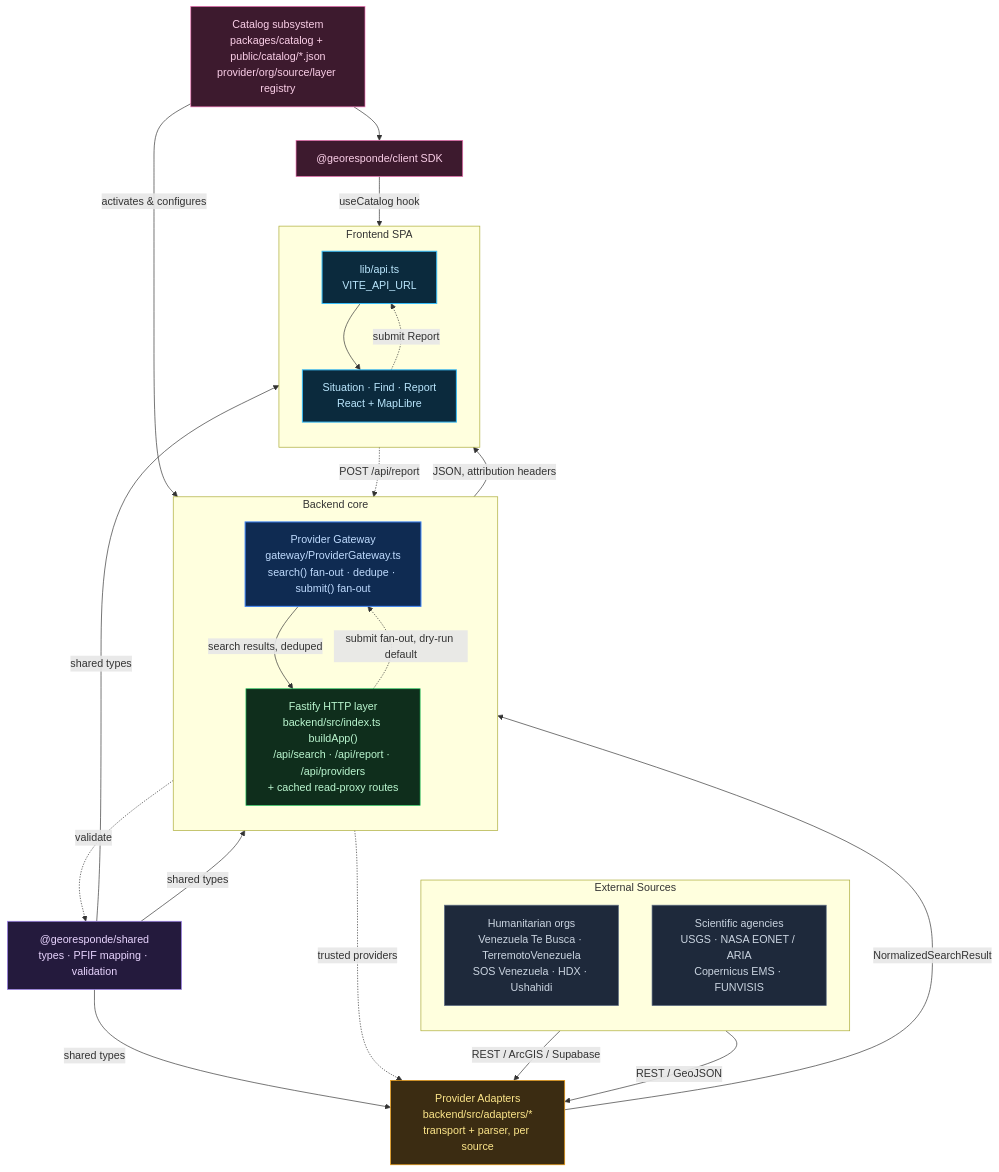
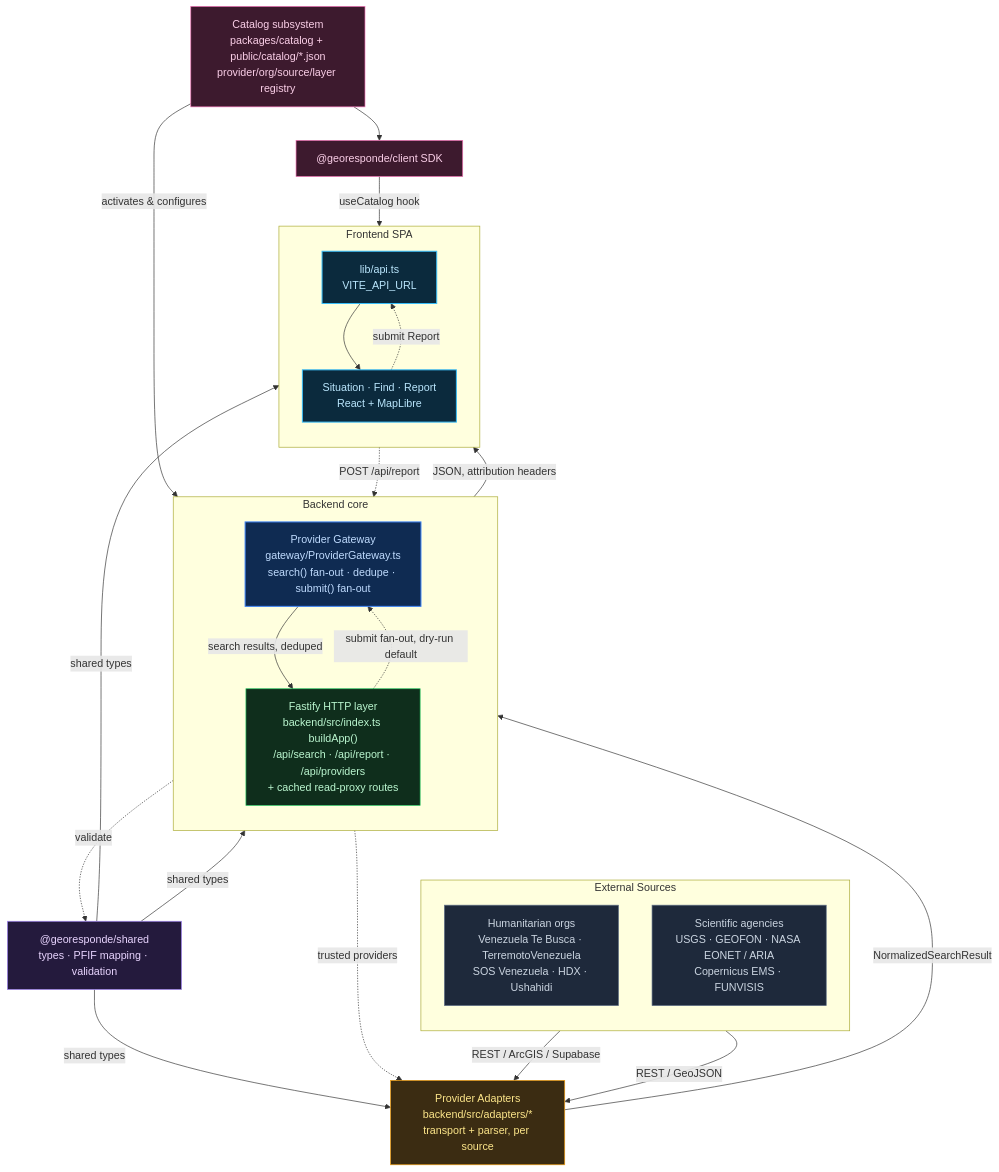
Before and after one commit to ebignumber/GeoResponde: the diagram in docs/architecture.md, drawn with Mermaid. The commit also changed other lines of this file and 22 other files, not shown here.

First line of the commit message:
feature: Added GEOFON scientific layer (#172)

````diff
--- a/docs/architecture.md
+++ b/docs/architecture.md
@@ -21,54 +21,54 @@
 ```mermaid
 flowchart TB
   classDef external fill:#1e293b,stroke:#64748b,color:#cbd5e1,stroke-width:1px;
   classDef adapter fill:#3b2c12,stroke:#f59e0b,color:#fde68a,stroke-width:1px;
   classDef gateway fill:#0f2b52,stroke:#3b82f6,color:#bfdbfe,stroke-width:1.5px;
   classDef http fill:#0f2e1c,stroke:#22c55e,color:#bbf7d0,stroke-width:1px;
   classDef shared fill:#241a3d,stroke:#a78bfa,color:#e9d5ff,stroke-width:1px;
   classDef catalog fill:#3d1a2e,stroke:#f472b6,color:#fbcfe8,stroke-width:1px;
   classDef frontend fill:#0b2a3d,stroke:#38bdf8,color:#bae6fd,stroke-width:1.5px;
 
   subgraph EXT["External Sources"]
     direction TB
     HUM["Humanitarian orgs<br />Venezuela Te Busca · TerremotoVenezuela<br />SOS Venezuela · HDX · Ushahidi"]:::external
-    SCI["Scientific agencies<br />USGS · NASA EONET / ARIA<br />Copernicus EMS · FUNVISIS"]:::external
+    SCI["Scientific agencies<br />USGS · GEOFON · NASA EONET / ARIA<br />Copernicus EMS · FUNVISIS"]:::external
   end
 
   ADAPT["Provider Adapters<br />backend/src/adapters/*<br />transport + parser, per source"]:::adapter
 
   subgraph CORE["Backend core"]
     direction TB
     GW["Provider Gateway<br />gateway/ProviderGateway.ts<br />search() fan-out · dedupe · submit() fan-out"]:::gateway
     HTTP["Fastify HTTP layer<br />backend/src/index.ts buildApp()<br />/api/search · /api/report · /api/providers<br />+ cached read-proxy routes"]:::http
   end
 
   CAT["Catalog subsystem<br />packages/catalog + public/catalog/*.json<br />provider/org/source/layer registry"]:::catalog
   SHARED["@georesponde/shared<br />types · PFIF mapping · validation"]:::shared
   CLIENT["@georesponde/client SDK"]:::catalog
 
   subgraph FE["Frontend SPA"]
     direction TB
     API["lib/api.ts<br />VITE_API_URL"]:::frontend
     PAGES["Situation · Find · Report<br />React + MapLibre"]:::frontend
   end
 
   HUM -->|REST / ArcGIS / Supabase| ADAPT
   SCI -->|REST / GeoJSON| ADAPT
   ADAPT -->|NormalizedSearchResult| GW
   GW -->|search results, deduped| HTTP
   HTTP -->|JSON, attribution headers| API
   API --> PAGES
 
   PAGES -.->|submit Report| API
   API -.->|POST /api/report| HTTP
   HTTP -.->|validate| SHARED
   HTTP -.->|submit fan-out, dry-run default| GW
   GW -.->|trusted providers| ADAPT
 
   CAT -->|activates & configures| GW
   CAT --> CLIENT
   CLIENT -->|useCatalog hook| PAGES
   SHARED -->|shared types| ADAPT
   SHARED -->|shared types| GW
   SHARED -->|shared types| PAGES
 ```
````
